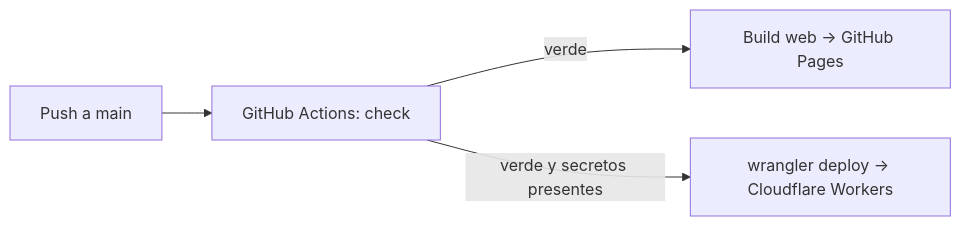
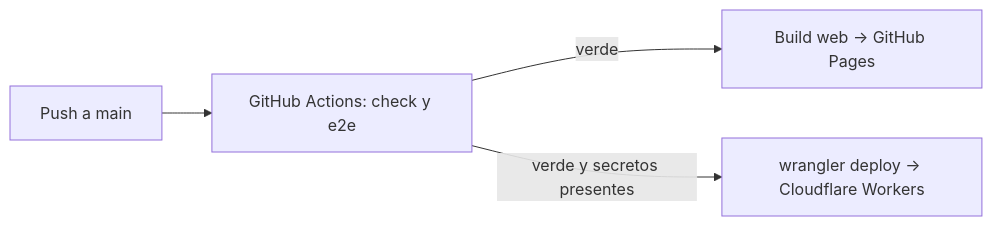
The sixth of 6 diagrams in docs/arquitectura.md (cosmemorillojulia/archdraft), drawn with Mermaid before and after one commit. The commit also changed other lines of this file and 6 other files, not shown here.

````diff
--- a/docs/arquitectura.md
+++ b/docs/arquitectura.md
@@ -220,6 +226,6 @@
 ```mermaid
 flowchart LR
-  dev[Push a main] --> ci[GitHub Actions: check]
+  dev[Push a main] --> ci[GitHub Actions: check y e2e]
   ci -->|verde| pages[Build web → GitHub Pages]
   ci -->|verde y secretos presentes| wr[wrangler deploy → Cloudflare Workers]
 ```
````
